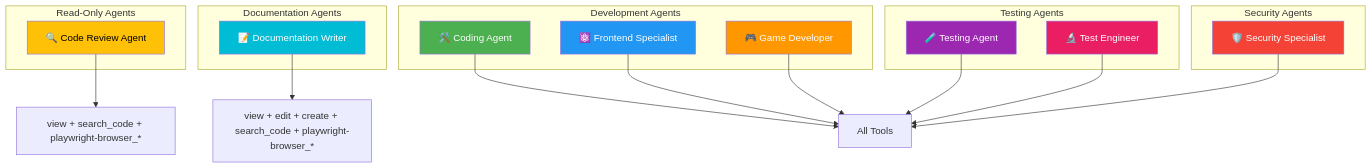
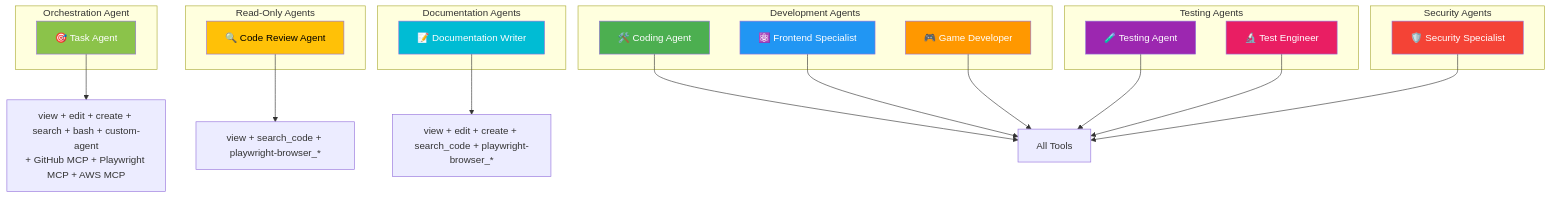
One commit to Hack23/blacktrigram changed the third of 3 diagrams in .github/agents/README.md. Above: the diagram before and after it, drawn with Mermaid. The commit also changed other lines of this file and 2 other files, not shown here.

Commit message:
Add task-agent for product quality orchestration and issue management

````diff
--- a/.github/agents/README.md
+++ b/.github/agents/README.md
@@ -266,43 +331,49 @@
 ```mermaid
 graph TD
+    subgraph "Orchestration Agent"
+        TaskAgent[🎯 Task Agent]
+    end
+    
     subgraph "Read-Only Agents"
         Review[🔍 Code Review Agent]
     end
     
     subgraph "Documentation Agents"
         Docs[📝 Documentation Writer]
     end
     
     subgraph "Development Agents"
         Coding[🛠️ Coding Agent]
         Frontend[⚛️ Frontend Specialist]
         Game[🎮 Game Developer]
     end
     
     subgraph "Testing Agents"
         Testing[🧪 Testing Agent]
         TestEng[🔬 Test Engineer]
     end
     
     subgraph "Security Agents"
         Security[🛡️ Security Specialist]
     end
     
+    TaskAgent --> MCPTools[view + edit + create + search + bash + custom-agent<br/>+ GitHub MCP + Playwright MCP + AWS MCP]
     Review --> ViewSearch[view + search_code + playwright-browser_*]
     Docs --> ViewEdit[view + edit + create + search_code + playwright-browser_*]
     Coding --> FullTools[All Tools]
     Frontend --> FullTools
     Game --> FullTools
     Testing --> FullTools
     TestEng --> FullTools
     Security --> FullTools
     
+    style TaskAgent fill:#8BC34A,color:#fff
     style Review fill:#FFC107,color:#000
     style Docs fill:#00BCD4,color:#fff
     style Coding fill:#4CAF50,color:#fff
     style Frontend fill:#2196F3,color:#fff
     style Game fill:#FF9800,color:#fff
     style Testing fill:#9C27B0,color:#fff
     style TestEng fill:#E91E63,color:#fff
     style Security fill:#F44336,color:#fff
 ```
````
